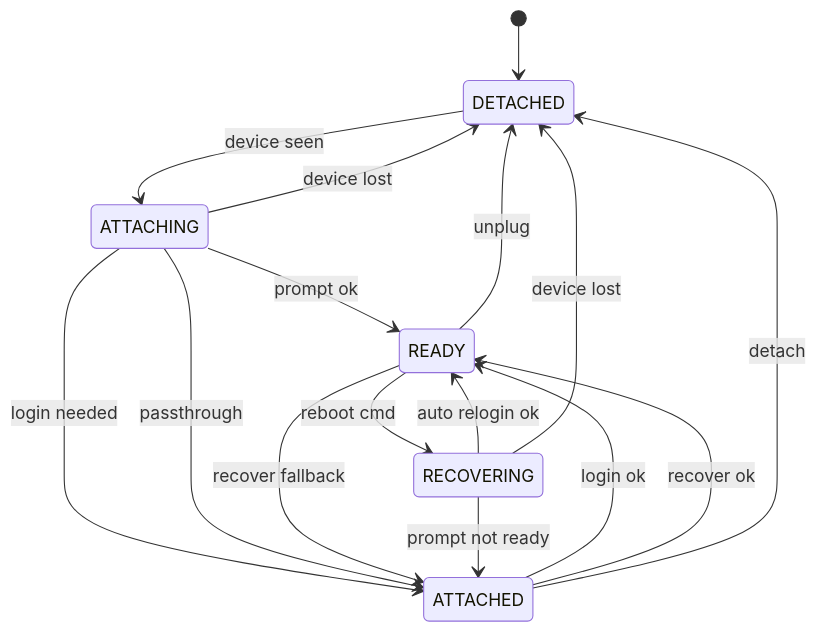
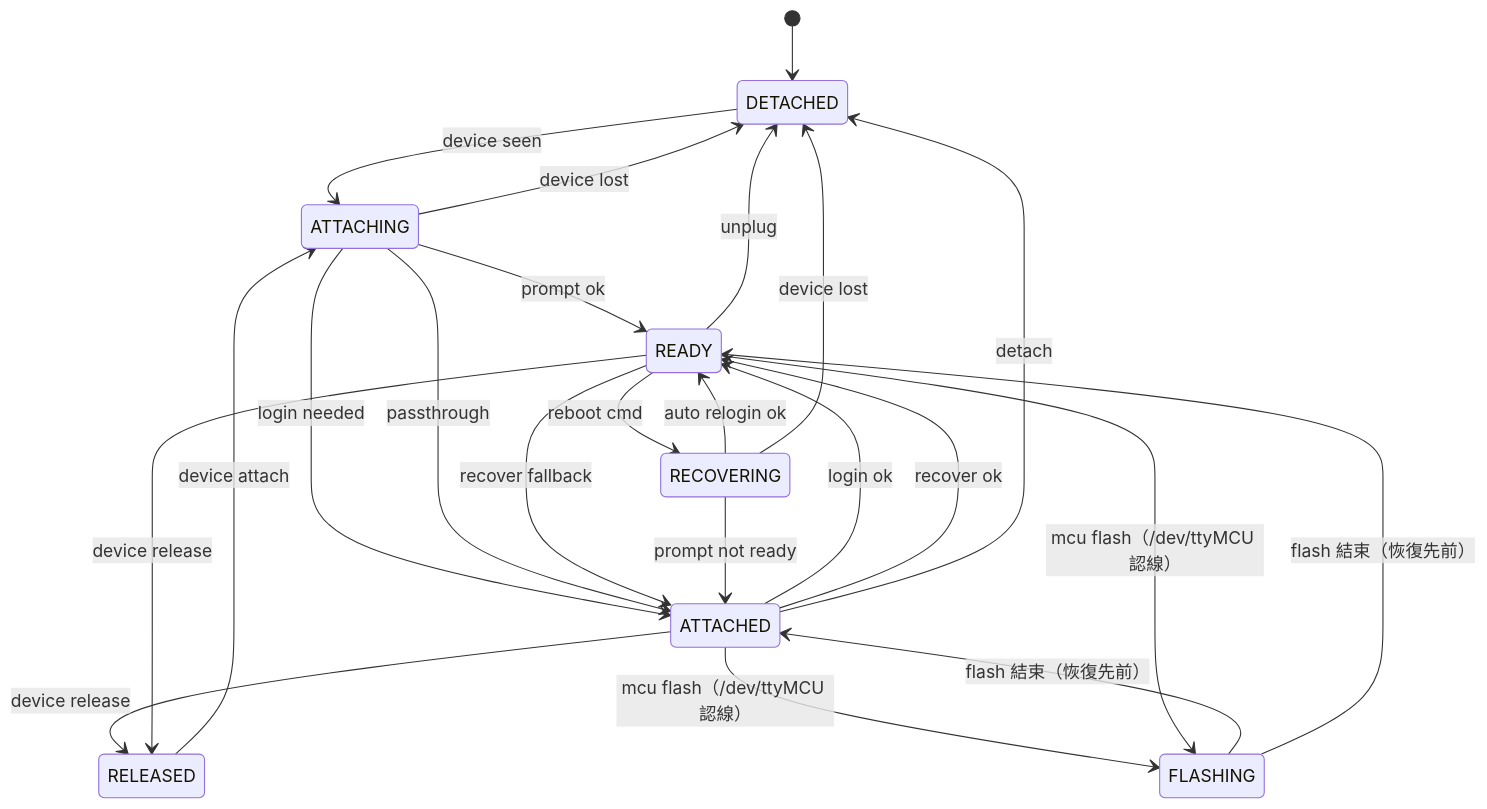
Before and after one commit to hamanpaul/serialwrap: the third of 7 diagrams in README.md, drawn with Mermaid. The commit also changed other lines of this file and 6 other files, not shown here.

Commit message:
docs: 文件與現行架構對齊（清 sills.md / spec 降級指向 openspec / README 補 RELEASED·FLASHING / skills.md cross-ref #59）

````diff
--- a/README.md
+++ b/README.md
@@ -96,18 +96,25 @@
 ```mermaid
 stateDiagram-v2
     [*] --> DETACHED
     DETACHED --> ATTACHING: device seen
     ATTACHING --> READY: prompt ok
     ATTACHING --> ATTACHED: login needed
     ATTACHING --> ATTACHED: passthrough
     ATTACHING --> DETACHED: device lost
     ATTACHED --> READY: login ok
     ATTACHED --> READY: recover ok
     ATTACHED --> DETACHED: detach
     READY --> ATTACHED: recover fallback
     READY --> DETACHED: unplug
     READY --> RECOVERING: reboot cmd
     RECOVERING --> READY: auto relogin ok
     RECOVERING --> ATTACHED: prompt not ready
     RECOVERING --> DETACHED: device lost
+    ATTACHED --> RELEASED: device release
+    READY --> RELEASED: device release
+    RELEASED --> ATTACHING: device attach
+    ATTACHED --> FLASHING: mcu flash（/dev/ttyMCU 認線）
+    READY --> FLASHING: mcu flash（/dev/ttyMCU 認線）
+    FLASHING --> ATTACHED: flash 結束（恢復先前）
+    FLASHING --> READY: flash 結束（恢復先前）
 ```
````
